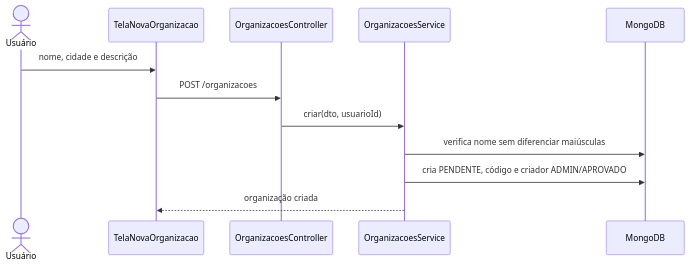
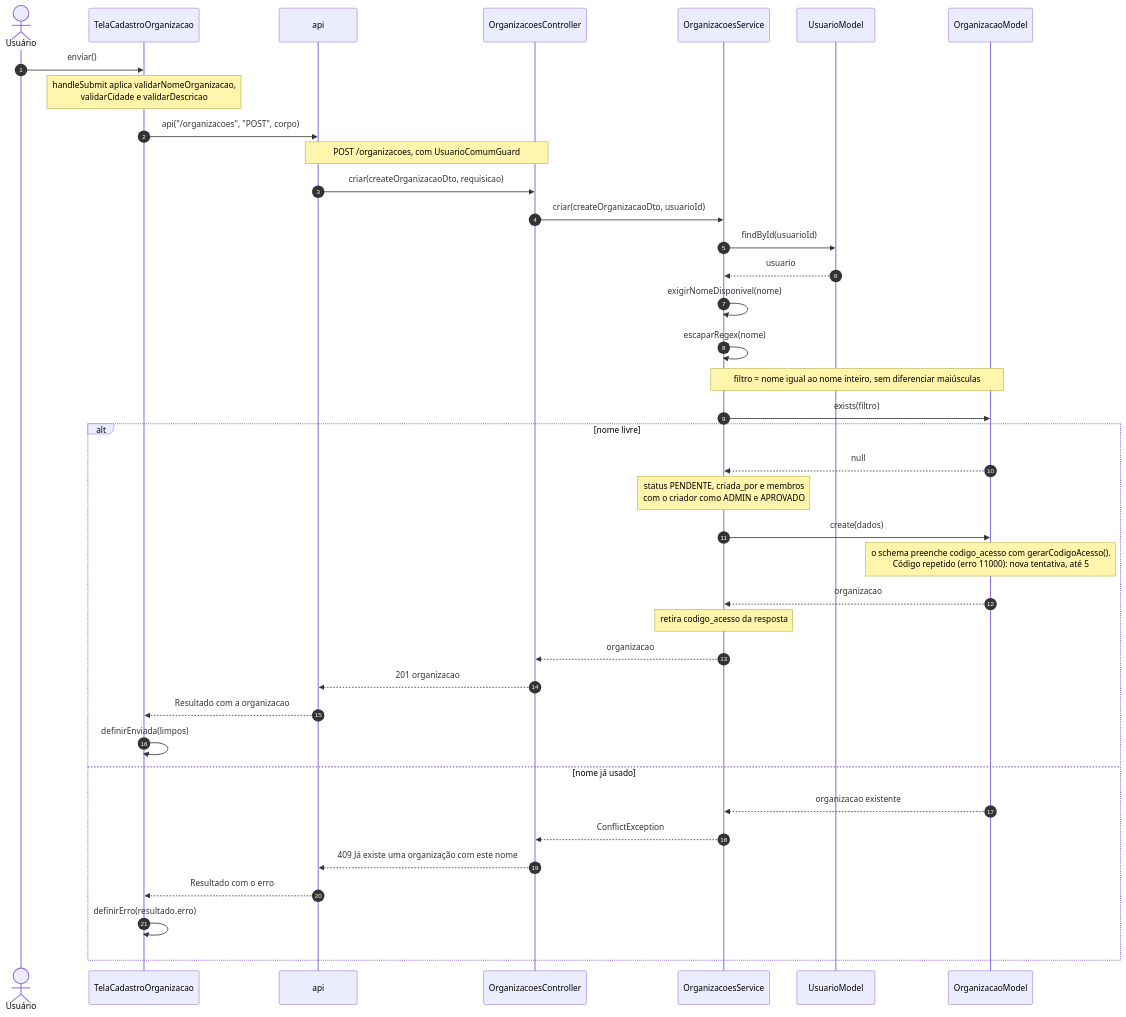
The first of 15 diagrams in 2 - Incremento1/cadastro-organizacao/6 - diagramas-sequencia-cadastro-organizacao.md (Conecta-IFSP/DOCUMENTATION), drawn with Mermaid before and after one commit. The commit also changed other lines of this file and 54 other files, not shown here.

````diff
--- a/2 - Incremento1/cadastro-organizacao/6 - diagramas-sequencia-cadastro-organizacao.md
+++ b/2 - Incremento1/cadastro-organizacao/6 - diagramas-sequencia-cadastro-organizacao.md
@@ -13,14 +13,41 @@
 ```mermaid
 sequenceDiagram
+    autonumber
     actor U as Usuário
-    participant T as TelaNovaOrganizacao
+    participant T as TelaCadastroOrganizacao
+    participant A as api
     participant C as OrganizacoesController
     participant S as OrganizacoesService
-    participant DB as MongoDB
-    U->>T: nome, cidade e descrição
-    T->>C: POST /organizacoes
-    C->>S: criar(dto, usuarioId)
-    S->>DB: verifica nome sem diferenciar maiúsculas
-    S->>DB: cria PENDENTE, código e criador ADMIN/APROVADO
-    S-->>T: organização criada
+    participant UM as UsuarioModel
+    participant M as OrganizacaoModel
+    U->>T: enviar()
+    Note over T: handleSubmit aplica validarNomeOrganizacao,<br/>validarCidade e validarDescricao
+    T->>A: api("/organizacoes", "POST", corpo)
+    Note over A,C: POST /organizacoes, com UsuarioComumGuard
+    A->>C: criar(createOrganizacaoDto, requisicao)
+    C->>S: criar(createOrganizacaoDto, usuarioId)
+    S->>UM: findById(usuarioId)
+    UM-->>S: usuario
+    S->>S: exigirNomeDisponivel(nome)
+    S->>S: escaparRegex(nome)
+    Note over S,M: filtro = nome igual ao nome inteiro, sem diferenciar maiúsculas
+    S->>M: exists(filtro)
+    alt nome livre
+        M-->>S: null
+        Note over S: status PENDENTE, criada_por e membros<br/>com o criador como ADMIN e APROVADO
+        S->>M: create(dados)
+        Note over M: o schema preenche codigo_acesso com gerarCodigoAcesso().<br/>Código repetido (erro 11000): nova tentativa, até 5
+        M-->>S: organizacao
+        Note over S: retira codigo_acesso da resposta
+        S-->>C: organizacao
+        C-->>A: 201 organizacao
+        A-->>T: Resultado com a organizacao
+        T->>T: definirEnviada(limpos)
+    else nome já usado
+        M-->>S: organizacao existente
+        S-->>C: ConflictException
+        C-->>A: 409 Já existe uma organização com este nome
+        A-->>T: Resultado com o erro
+        T->>T: definirErro(resultado.erro)
+    end
 ```
````
